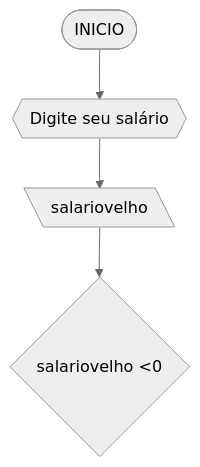
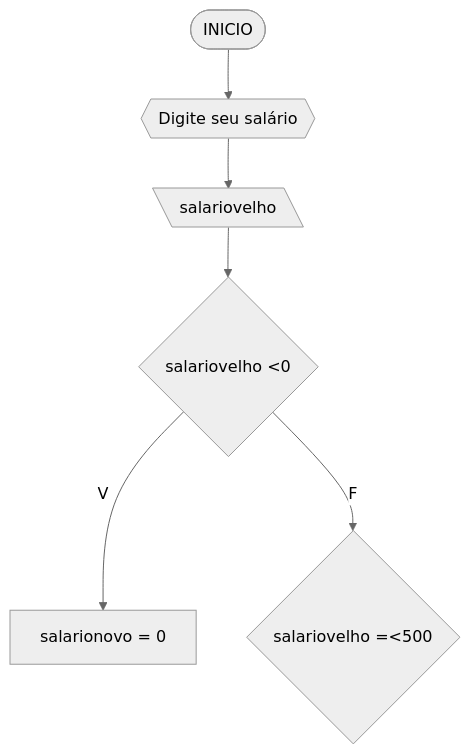
The second of 4 diagrams in codigos.md (MozillaFirefox/UNIFOR), drawn with Mermaid (neutral theme) before and after one commit.

````diff
--- a/codigos.md
+++ b/codigos.md
@@ -61,7 +61,10 @@
 ```mermaid
 flowchart TD
 A([INICIO]) --> B{{Digite seu salário}}
 B --> C[\salariovelho\]
 C --> D{salariovelho <0}
+D --V--> E[salarionovo = 0]
+D--F--> F{salariovelho =<500}
+
 
 ```
````
